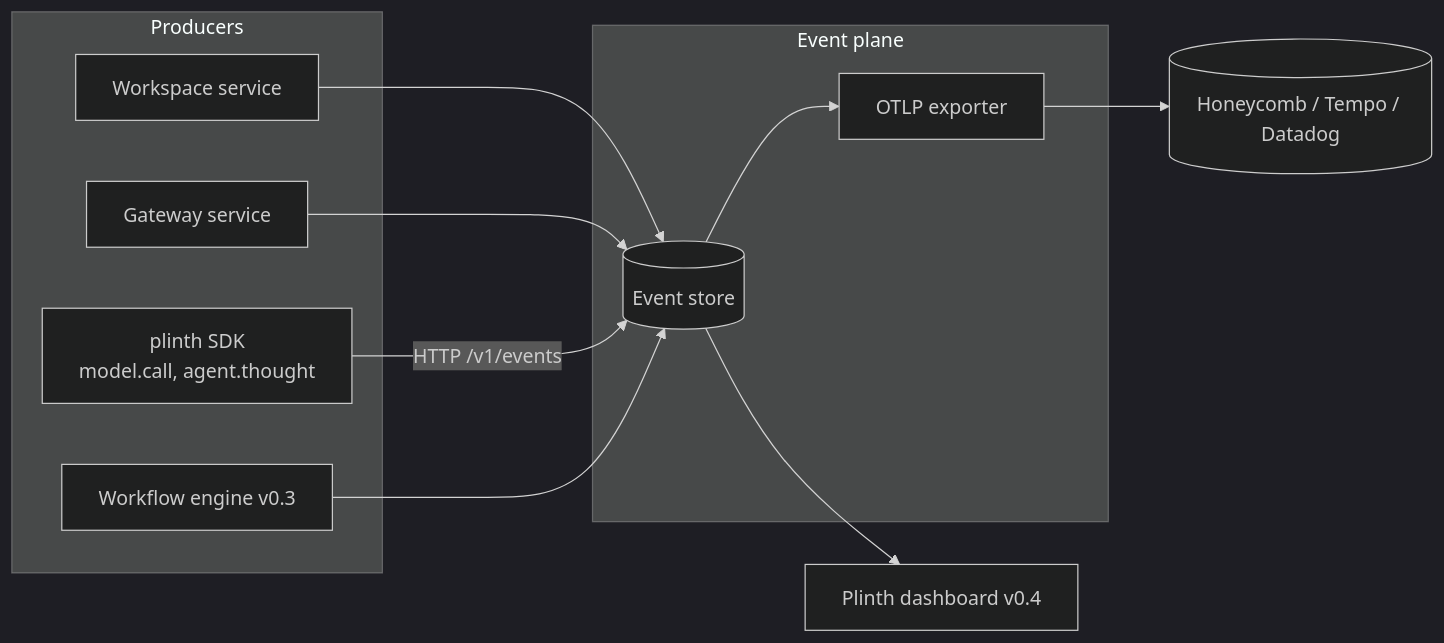
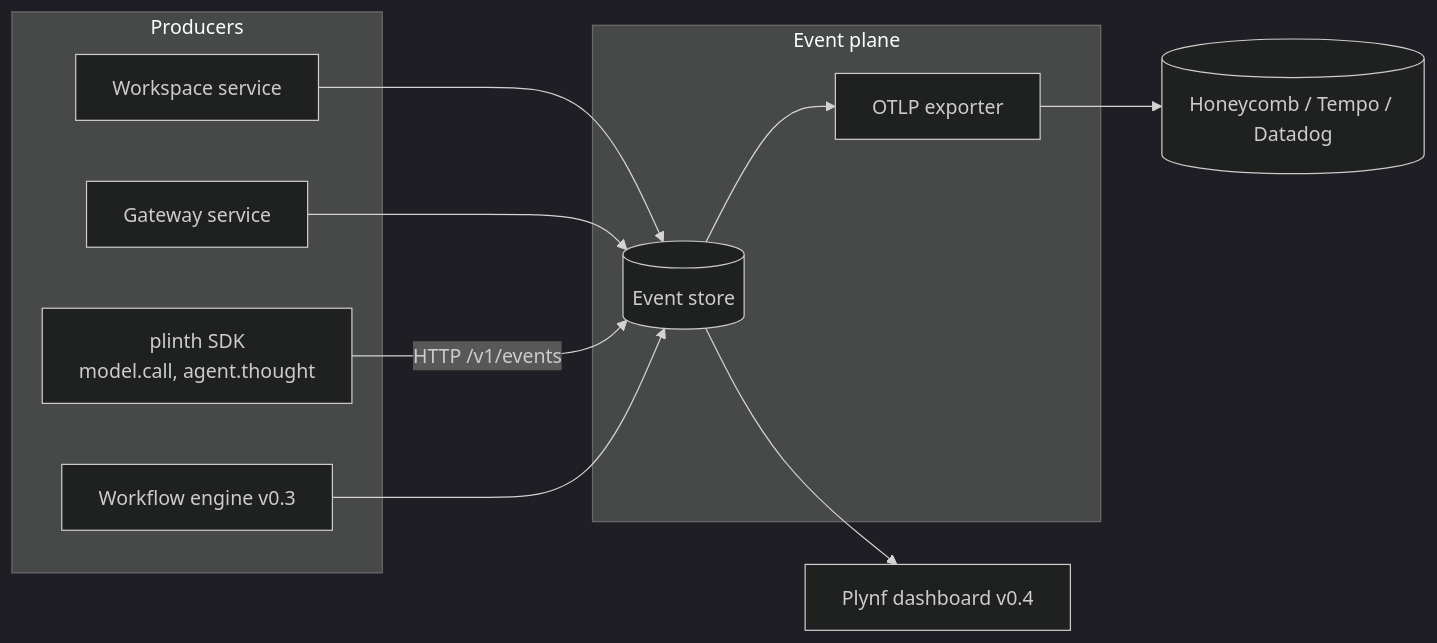
Before and after one commit to nico-schindlbeck-jpg/plynf: the first of 2 diagrams in docs/architecture/05-observability.md, drawn with Mermaid (dark theme). The commit also changed other lines of this file and 209 other files, not shown here.

First line of the commit message:
rebrand: Plinth → Plynf (text/docs/marketing surfaces only)

````diff
--- a/docs/architecture/05-observability.md
+++ b/docs/architecture/05-observability.md
@@ -70,20 +70,20 @@
 ```mermaid
 flowchart LR
     subgraph "Producers"
       WS[Workspace service]
       GW[Gateway service]
       SDK[plinth SDK<br/>model.call, agent.thought]
       WF[Workflow engine v0.3]
     end
     subgraph "Event plane"
       Q[(Event store)]
       E[OTLP exporter]
     end
     WS --> Q
     GW --> Q
     SDK -- HTTP /v1/events --> Q
     WF --> Q
     Q --> E
     E --> EXT[(Honeycomb / Tempo / Datadog)]
-    Q --> DASH[Plinth dashboard v0.4]
+    Q --> DASH[Plynf dashboard v0.4]
 ```
````
